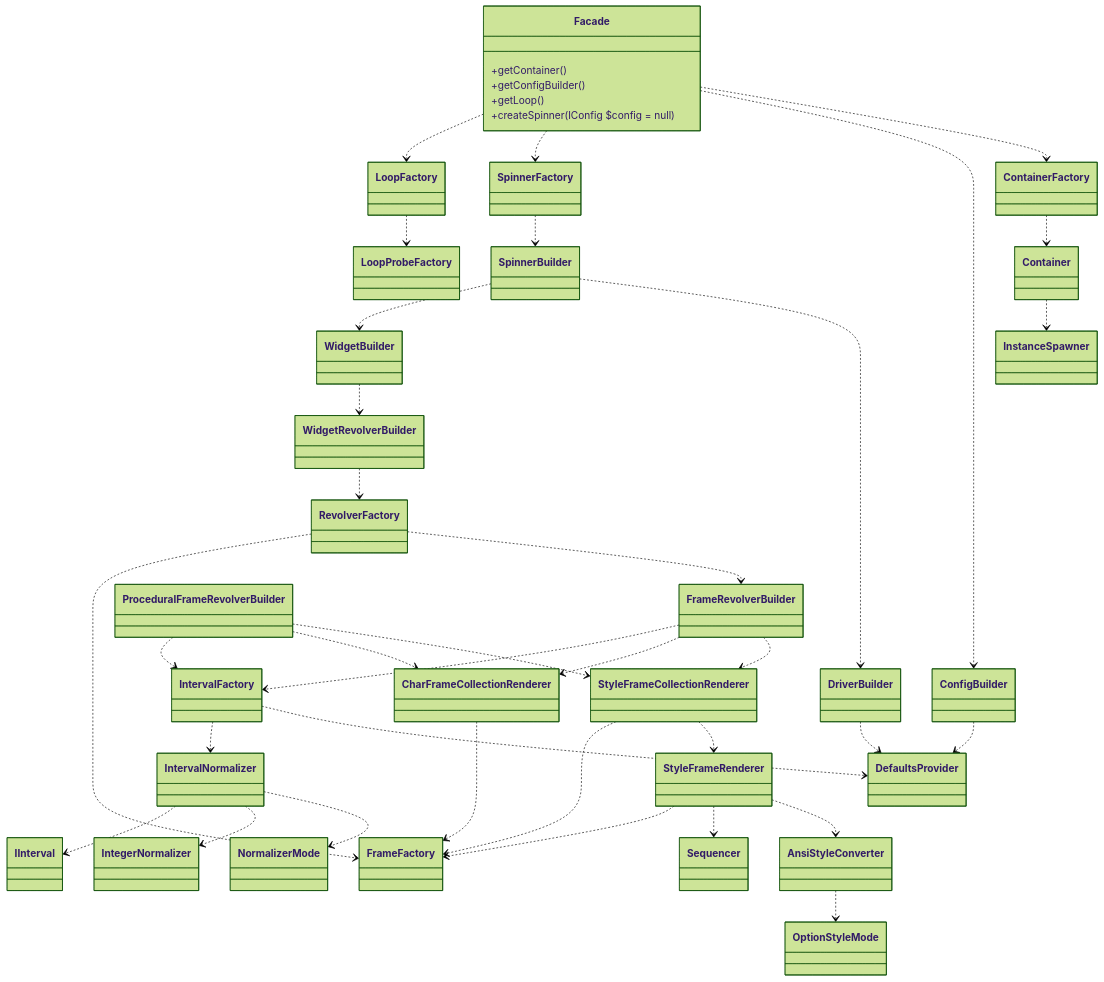
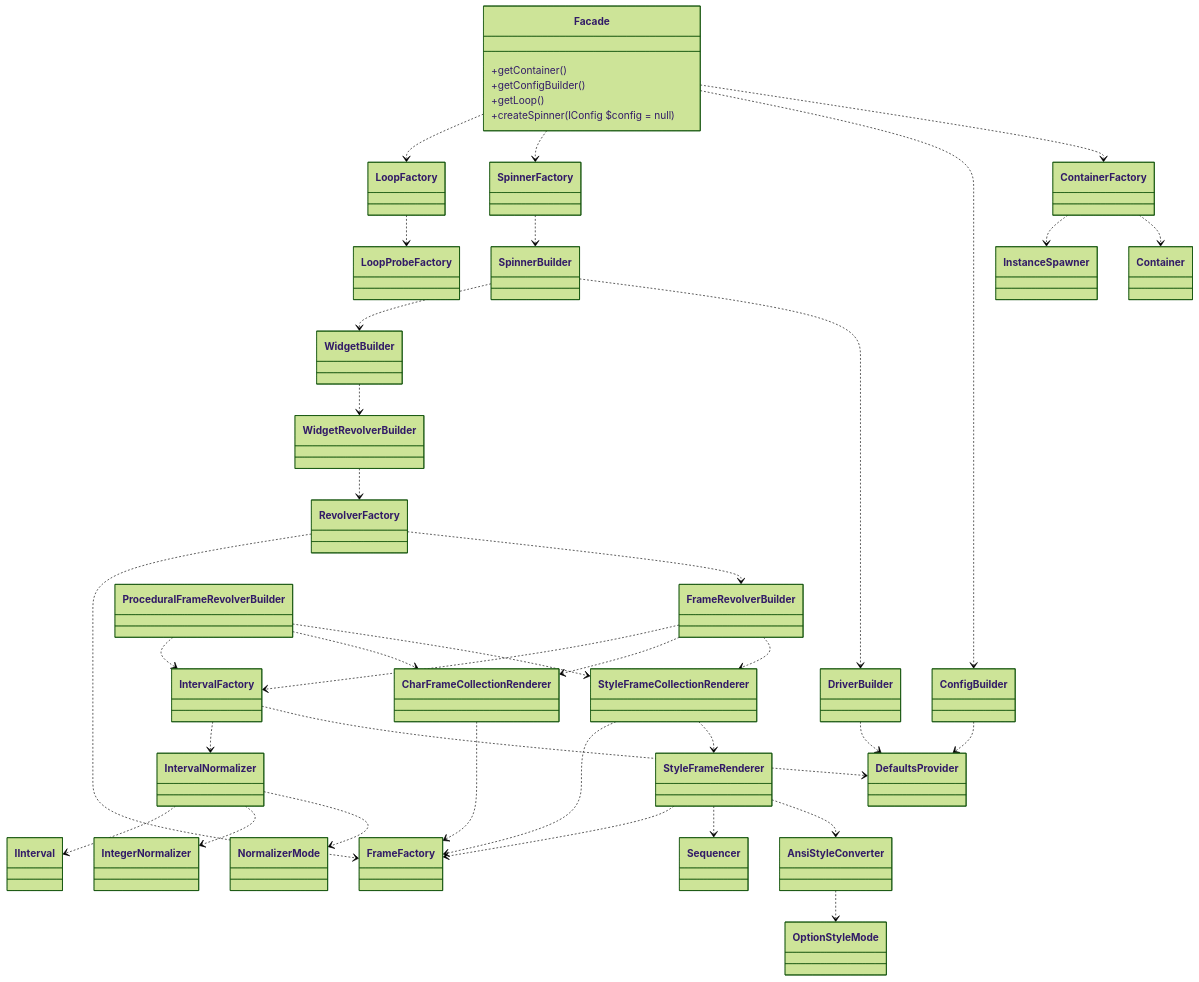
One commit to alecrabbit/php-console-spinner changed the diagram in doc/info/hierarchy/services.md. Above: the diagram before and after it, drawn with Mermaid (forest theme). The commit also changed 3 other files, not shown here.

````diff
--- a/doc/info/hierarchy/services.md
+++ b/doc/info/hierarchy/services.md
@@ -3,64 +3,64 @@
 ```mermaid
 classDiagram
     direction TB
     Facade ..> ContainerFactory
     Facade ..> ConfigBuilder
     Facade ..> SpinnerFactory
     Facade ..> LoopFactory
     
     ContainerFactory ..> Container
-    Container ..> InstanceSpawner
+    ContainerFactory ..> InstanceSpawner
     
     class Facade {
         +getContainer()
         +getConfigBuilder()
         +getLoop()
         +createSpinner(IConfig $config = null)
     }
     
     SpinnerFactory ..> SpinnerBuilder
 
     ConfigBuilder ..> DefaultsProvider
 
     LoopFactory ..> LoopProbeFactory
     
     SpinnerBuilder ..> DriverBuilder
     SpinnerBuilder ..> WidgetBuilder
     
     DriverBuilder ..> DefaultsProvider
     
     WidgetBuilder ..> WidgetRevolverBuilder
     
     WidgetRevolverBuilder ..> RevolverFactory
     
     RevolverFactory ..> FrameRevolverBuilder
     RevolverFactory ..> FrameFactory
     
     FrameRevolverBuilder ..> StyleFrameCollectionRenderer
     FrameRevolverBuilder ..> CharFrameCollectionRenderer
     FrameRevolverBuilder ..> IntervalFactory
     
     IntervalFactory ..> DefaultsProvider
     IntervalFactory ..> IntervalNormalizer
     
     IntervalNormalizer ..> NormalizerMode
     IntervalNormalizer ..> IntegerNormalizer
     IntervalNormalizer ..> IInterval
     
     StyleFrameCollectionRenderer ..> StyleFrameRenderer
     StyleFrameCollectionRenderer ..> FrameFactory
     
     CharFrameCollectionRenderer ..> FrameFactory
     
     StyleFrameRenderer ..> AnsiStyleConverter
     StyleFrameRenderer ..> Sequencer
     StyleFrameRenderer ..> FrameFactory
     
     AnsiStyleConverter ..> OptionStyleMode
     
     
     ProceduralFrameRevolverBuilder ..> StyleFrameCollectionRenderer
     ProceduralFrameRevolverBuilder ..> CharFrameCollectionRenderer
     ProceduralFrameRevolverBuilder ..> IntervalFactory
     
 ```
````
